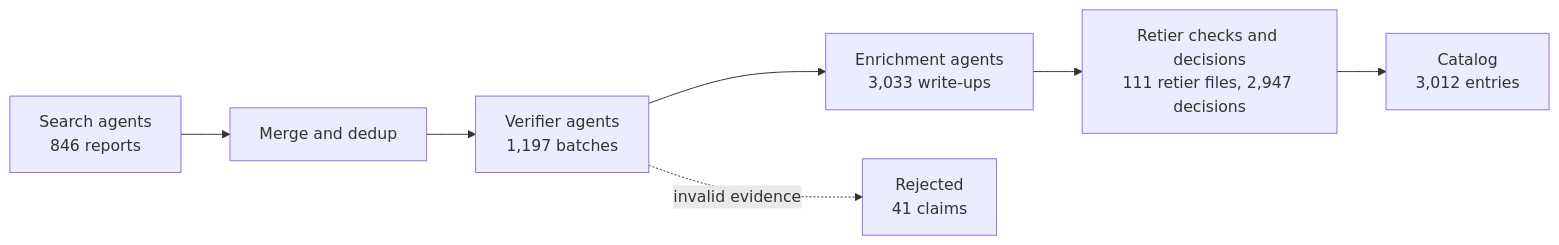
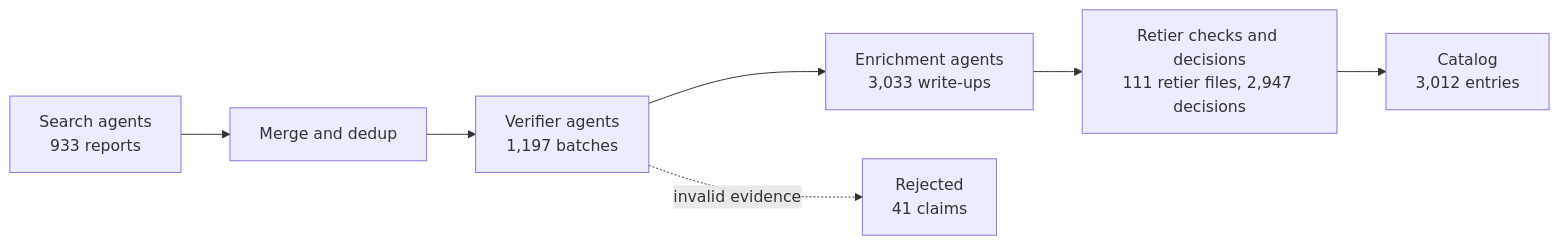
The diagram in README.md (harrisjib216/fastplusplus), drawn with Mermaid before and after one commit. The commit also changed 43 other files, not shown here.

````diff
--- a/README.md
+++ b/README.md
@@ -116,9 +116,9 @@
 ```mermaid
 flowchart LR
-  S["Search agents<br/>846 reports"] --> M["Merge and dedup"]
+  S["Search agents<br/>933 reports"] --> M["Merge and dedup"]
   M --> V["Verifier agents<br/>1,197 batches"]
   V --> E["Enrichment agents<br/>3,033 write-ups"]
   E --> R["Retier checks and decisions<br/>111 retier files, 2,947 decisions"]
   R --> C["Catalog<br/>3,012 entries"]
   V -. invalid evidence .-> X["Rejected<br/>41 claims"]
 ```
````
